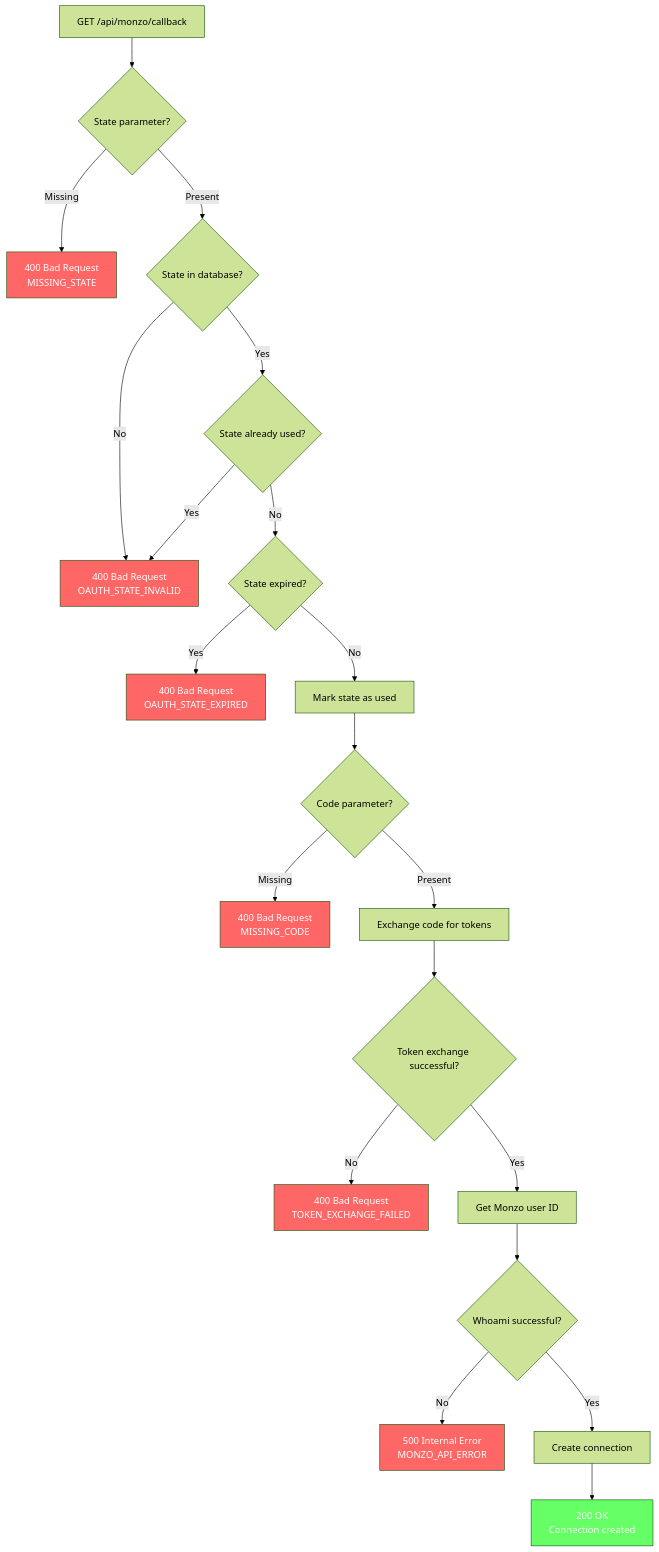
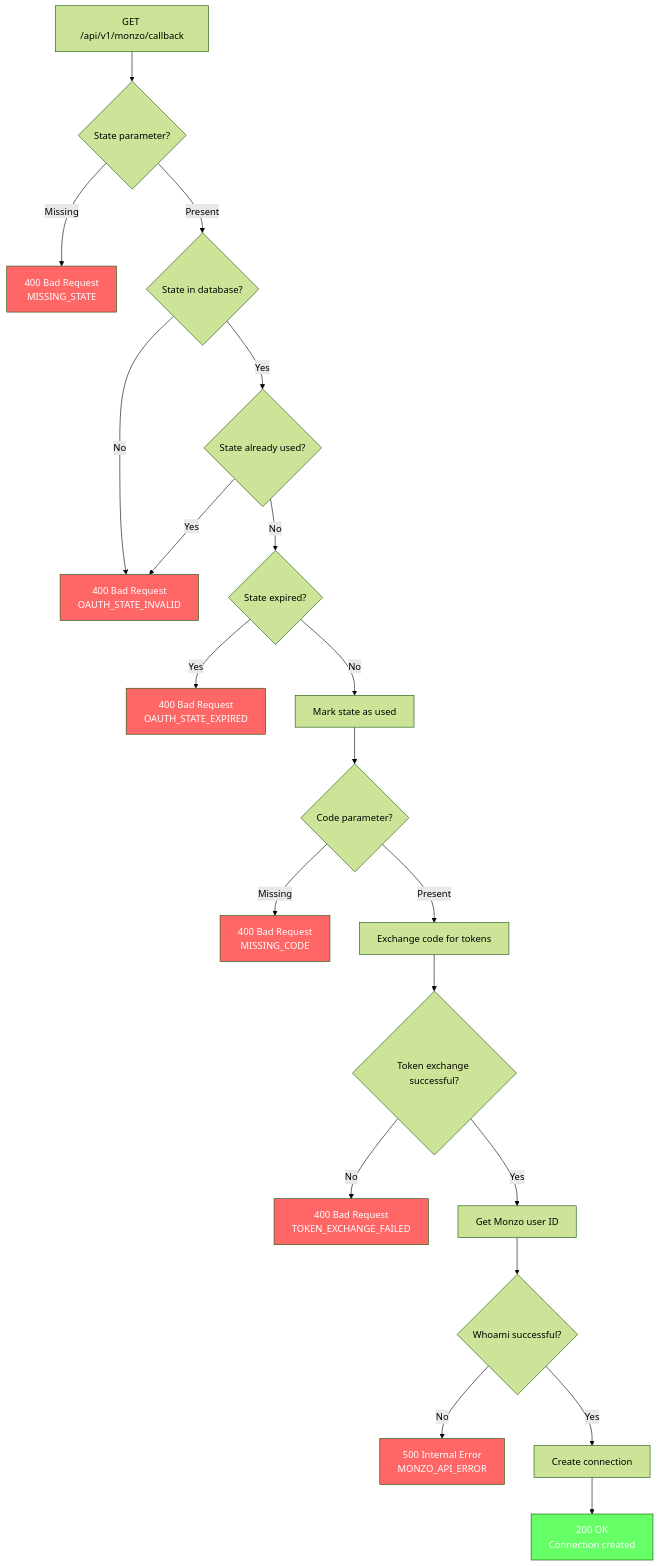
Before and after one commit to alexandermfisher/budgeteer: the fifth of 15 diagrams in docs/diagrams/monzo-oauth-flow.md, drawn with Mermaid (forest theme). The commit also changed other lines of this file and 19 other files, not shown here.

````diff
--- a/docs/diagrams/monzo-oauth-flow.md
+++ b/docs/diagrams/monzo-oauth-flow.md
@@ -184,30 +184,30 @@
 ```mermaid
 flowchart TD
-    A[GET /api/monzo/callback] --> B{State parameter?}
+    A[GET /api/v1/monzo/callback] --> B{State parameter?}
     B -->|Missing| C[400 Bad Request<br/>MISSING_STATE]
     B -->|Present| D{State in database?}
     D -->|No| E[400 Bad Request<br/>OAUTH_STATE_INVALID]
     D -->|Yes| F{State already used?}
     F -->|Yes| E
     F -->|No| G{State expired?}
     G -->|Yes| H[400 Bad Request<br/>OAUTH_STATE_EXPIRED]
     G -->|No| I[Mark state as used]
     I --> J{Code parameter?}
     J -->|Missing| K[400 Bad Request<br/>MISSING_CODE]
     J -->|Present| L[Exchange code for tokens]
     L --> M{Token exchange successful?}
     M -->|No| N[400 Bad Request<br/>TOKEN_EXCHANGE_FAILED]
     M -->|Yes| O[Get Monzo user ID]
     O --> P{Whoami successful?}
     P -->|No| Q[500 Internal Error<br/>MONZO_API_ERROR]
     P -->|Yes| R[Create connection]
     R --> S[200 OK<br/>Connection created]
     
     style C fill:#f66,color:#fff
     style E fill:#f66,color:#fff
     style H fill:#f66,color:#fff
     style K fill:#f66,color:#fff
     style N fill:#f66,color:#fff
     style Q fill:#f66,color:#fff
     style S fill:#6f6,color:#fff
 ```
````
